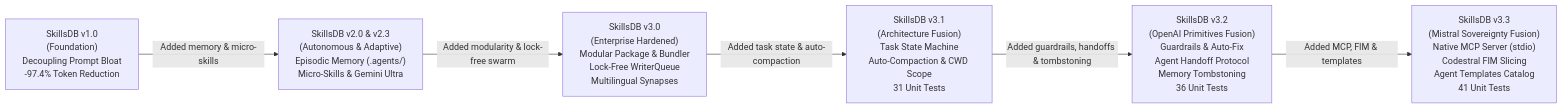
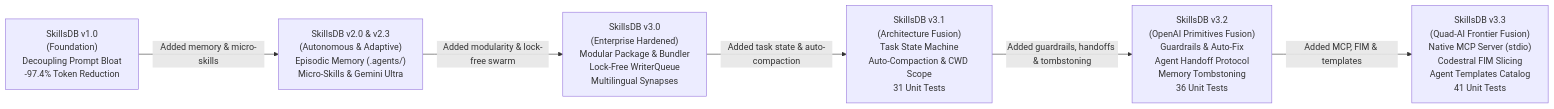
The fifth of 5 diagrams in README.md (scorpion421/skillsdb), drawn with Mermaid before and after one commit. The commit also changed other lines of this file, not shown here.

Commit message:
docs: complete overhaul of README for Quad-AI Architecture and live benchmarks

````diff
--- a/README.md
+++ b/README.md
@@ -200,15 +375,15 @@
 ```mermaid
 flowchart LR
     V1["SkillsDB v1.0\n(Foundation)\nDecoupling Prompt Bloat\n-97.4% Token Reduction"]
     V2["SkillsDB v2.0 & v2.3\n(Autonomous & Adaptive)\nEpisodic Memory (.agents/)\nMicro-Skills & Gemini Ultra"]
     V3["SkillsDB v3.0\n(Enterprise Hardened)\nModular Package & Bundler\nLock-Free WriterQueue\nMultilingual Synapses"]
     V4["SkillsDB v3.1\n(Architecture Fusion)\nTask State Machine\nAuto-Compaction & CWD Scope\n31 Unit Tests"]
     V5["SkillsDB v3.2\n(OpenAI Primitives Fusion)\nGuardrails & Auto-Fix\nAgent Handoff Protocol\nMemory Tombstoning\n36 Unit Tests"]
-    V6["SkillsDB v3.3\n(Mistral Sovereignty Fusion)\nNative MCP Server (stdio)\nCodestral FIM Slicing\nAgent Templates Catalog\n41 Unit Tests"]
+    V6["SkillsDB v3.3\n(Quad-AI Frontier Fusion)\nNative MCP Server (stdio)\nCodestral FIM Slicing\nAgent Templates Catalog\n41 Unit Tests"]
 
     V1 -->|"Added memory & micro-skills"| V2
     V2 -->|"Added modularity & lock-free swarm"| V3
     V3 -->|"Added task state & auto-compaction"| V4
     V4 -->|"Added guardrails, handoffs & tombstoning"| V5
     V5 -->|"Added MCP, FIM & templates"| V6
 ```
````
